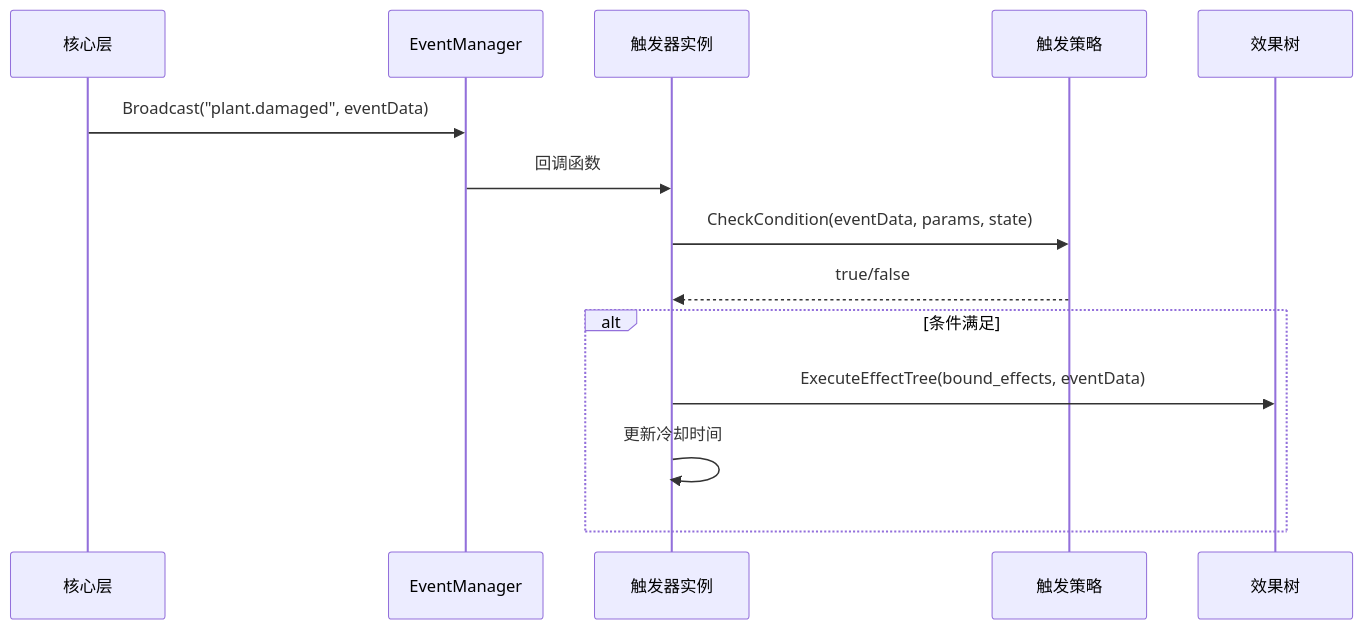
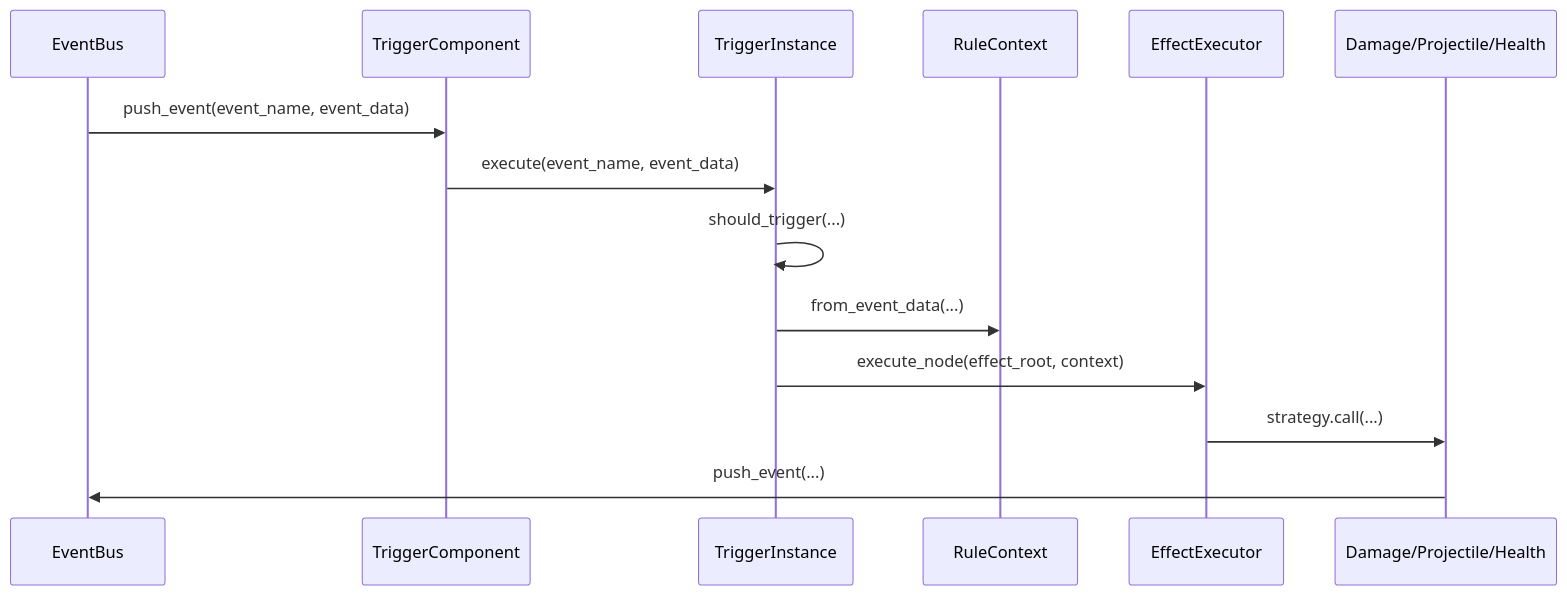
Before and after one commit to Abgetrennter/open_pvz: the diagram in wiki/06-执行机制.md, drawn with Mermaid. The commit also changed other lines of this file and 16 other files, not shown here.

Commit message:
Standardize wiki roadmap and add governance scaffolding

````diff
--- a/wiki/06-执行机制.md
+++ b/wiki/06-执行机制.md
@@ -30,17 +53,17 @@
 ```mermaid
 sequenceDiagram
-    participant Core as 核心层
-    participant Event as EventManager
-    participant Trigger as 触发器实例
-    participant Strategy as 触发策略
-    participant Effect as 效果树
+    participant EventBus as EventBus
+    participant TriggerComponent as TriggerComponent
+    participant TriggerInstance as TriggerInstance
+    participant RuleContext as RuleContext
+    participant Executor as EffectExecutor
+    participant Runtime as Damage/Projectile/Health
 
-    Core->>Event: Broadcast("plant.damaged", eventData)
-    Event->>Trigger: 回调函数
-    Trigger->>Strategy: CheckCondition(eventData, params, state)
-    Strategy-->>Trigger: true/false
-    alt 条件满足
-        Trigger->>Effect: ExecuteEffectTree(bound_effects, eventData)
-        Trigger->>Trigger: 更新冷却时间
-    end
+    EventBus->>TriggerComponent: push_event(event_name, event_data)
+    TriggerComponent->>TriggerInstance: execute(event_name, event_data)
+    TriggerInstance->>TriggerInstance: should_trigger(...)
+    TriggerInstance->>RuleContext: from_event_data(...)
+    TriggerInstance->>Executor: execute_node(effect_root, context)
+    Executor->>Runtime: strategy.call(...)
+    Runtime->>EventBus: push_event(...)
 ```
````
